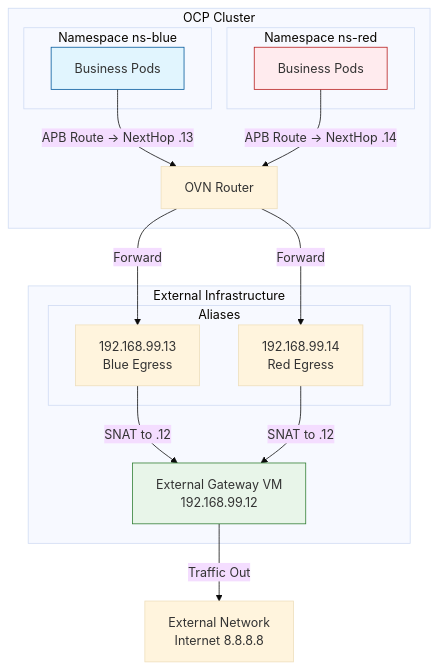
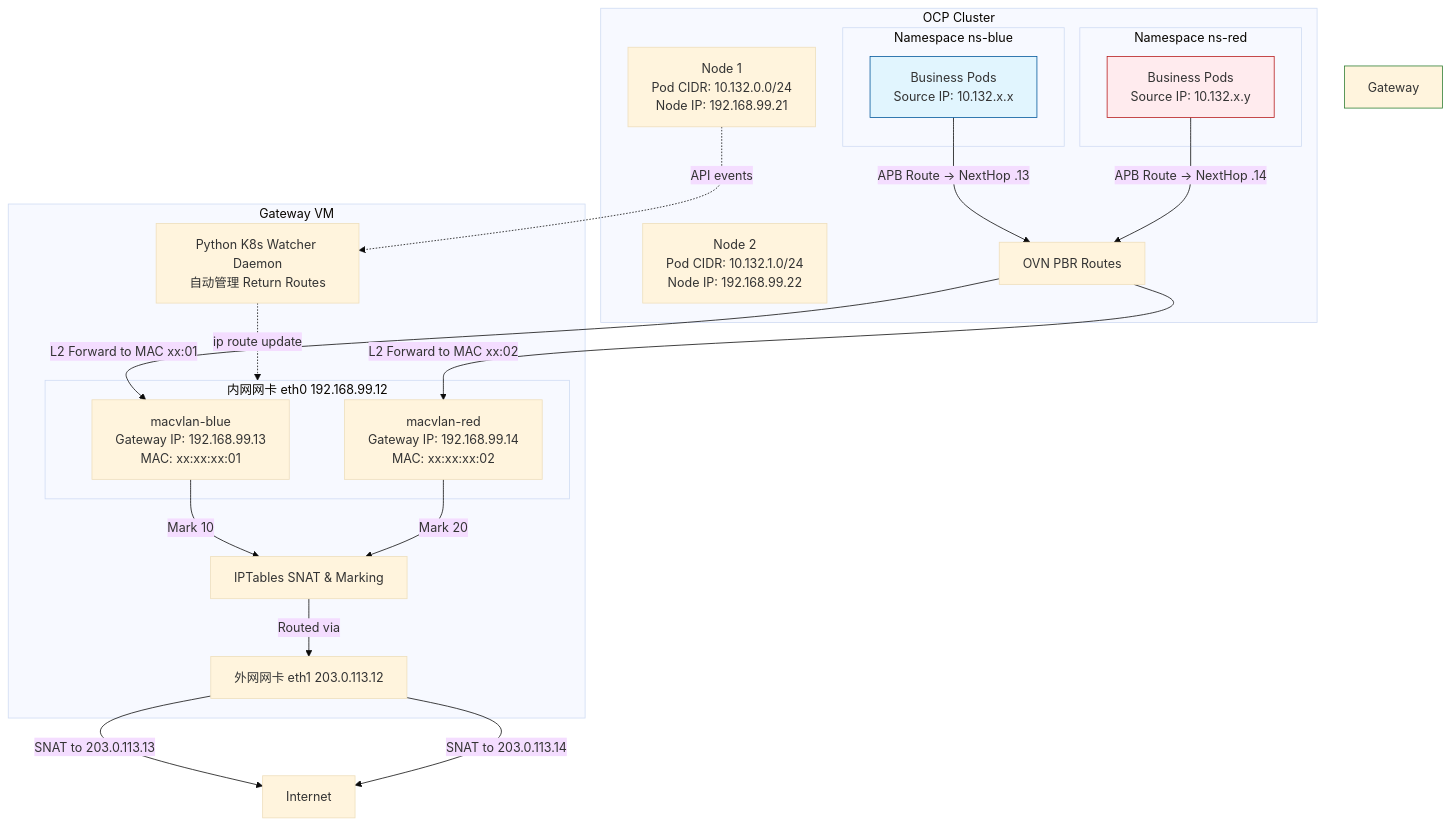
The diagram in redhat/ocp4/4.18/2026.01.ovn.egressip.vm.dev.md (wangzheng422/docker_env), drawn with Mermaid (base theme) before and after one commit. The commit also changed other lines of this file and 2 other files, not shown here.

Commit message:
feat: Introduce OCP Egress Gateway Manager for dynamic node routing and tenant egress IP configuration.

````diff
--- a/redhat/ocp4/4.18/2026.01.ovn.egressip.vm.dev.md
+++ b/redhat/ocp4/4.18/2026.01.ovn.egressip.vm.dev.md
@@ -26,42 +23,54 @@
 ```mermaid
 graph TD
     subgraph OCP_Cluster [OCP Cluster]
+        Node1[Node 1<br/>Pod CIDR: 10.132.0.0/24<br/>Node IP: 192.168.99.21]
+        Node2[Node 2<br/>Pod CIDR: 10.132.1.0/24<br/>Node IP: 192.168.99.22]
+        
         subgraph ns_blue [Namespace ns-blue]
-            BP_B[Business Pods]
+            BP_B[Business Pods<br/>Source IP: 10.132.x.x]
         end
 
         subgraph ns_red [Namespace ns-red]
-            BP_R[Business Pods]
+            BP_R[Business Pods<br/>Source IP: 10.132.x.y]
         end
         
-        Router[OVN Router]
+        Router[OVN PBR Routes]
     end
     
-    subgraph External_Infrastructure [External Infrastructure]
-        GW_VM[External Gateway VM<br/>192.168.99.12]
+    subgraph External_Infrastructure [Gateway VM]
+        K8sDaemon[Python K8s Watcher Daemon<br/>自动管理 Return Routes]
         
-        subgraph Aliases
-            IP_B[192.168.99.13<br/>Blue Egress]
-            IP_R[192.168.99.14<br/>Red Egress]
+        subgraph Internal_Interface [内网网卡 eth0 192.168.99.12]
+            MAC_B[macvlan-blue<br/>Gateway IP: 192.168.99.13<br/>MAC: xx:xx:xx:01]
+            MAC_R[macvlan-red<br/>Gateway IP: 192.168.99.14<br/>MAC: xx:xx:xx:02]
         end
+        
+        IPTables[IPTables SNAT & Marking]
+        
+        External_Interface[外网网卡 eth1 203.0.113.12]
+        
+        MAC_B -- "Mark 10" --> IPTables
+        MAC_R -- "Mark 20" --> IPTables
+        IPTables -- "Routed via" --> External_Interface
     end
     
-    EXT[External Network<br/>Internet 8.8.8.8]
+    EXT[Internet]
     
     %% Traffic Flow
     BP_B -- "APB Route -> NextHop .13" --> Router
     BP_R -- "APB Route -> NextHop .14" --> Router
     
-    Router -- "Forward" --> IP_B
-    Router -- "Forward" --> IP_R
+    Router -- "L2 Forward to MAC xx:01" --> MAC_B
+    Router -- "L2 Forward to MAC xx:02" --> MAC_R
     
-    IP_B -- "SNAT to .12" --> GW_VM
-    IP_R -- "SNAT to .12" --> GW_VM
+    External_Interface -- "SNAT to 203.0.113.13" --> EXT
+    External_Interface -- "SNAT to 203.0.113.14" --> EXT
     
-    GW_VM -- "Traffic Out" --> EXT
+    Node1 -. "API events" .-> K8sDaemon
+    K8sDaemon -. "ip route update" .-> Internal_Interface
     
     %% Styling
     style BP_B fill:#e1f5fe,stroke:#01579b
     style BP_R fill:#ffebee,stroke:#b71c1c
-    style GW_VM fill:#e8f5e9,stroke:#2e7d32
+    style Gateway VM fill:#e8f5e9,stroke:#2e7d32
 ```
````
